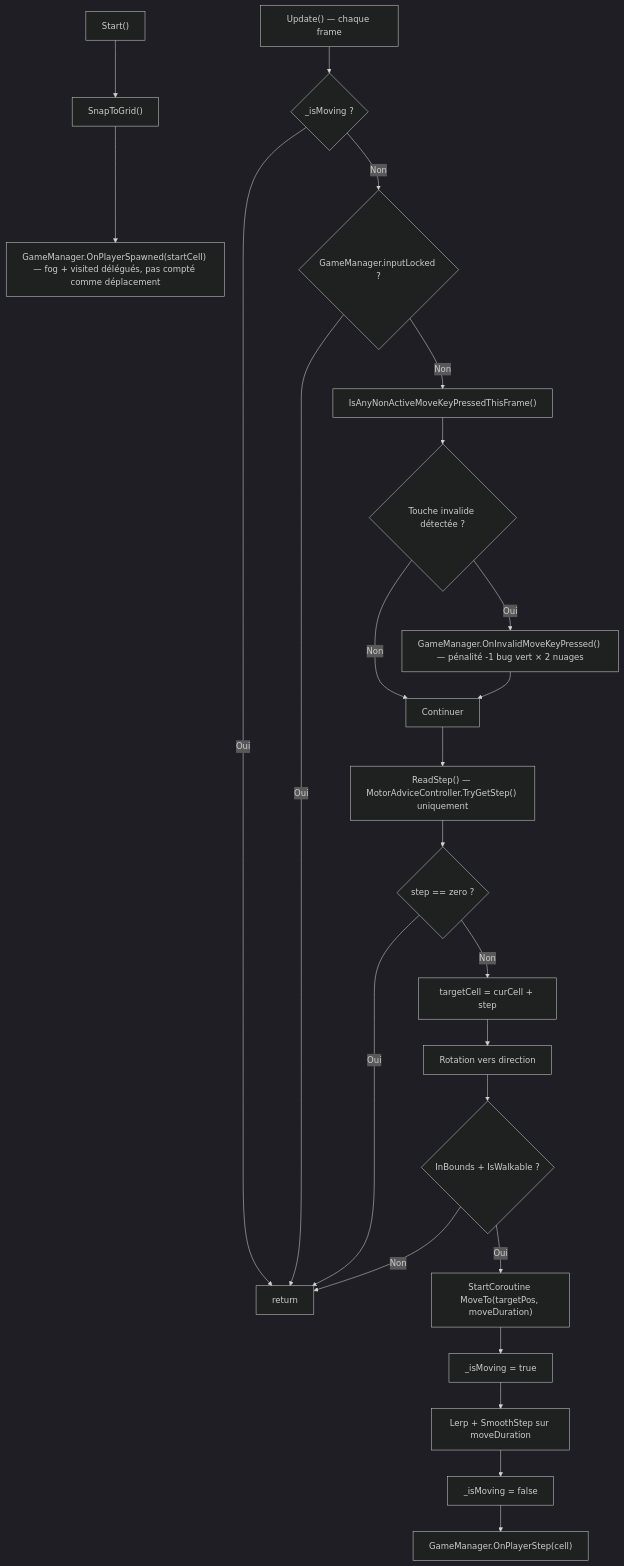
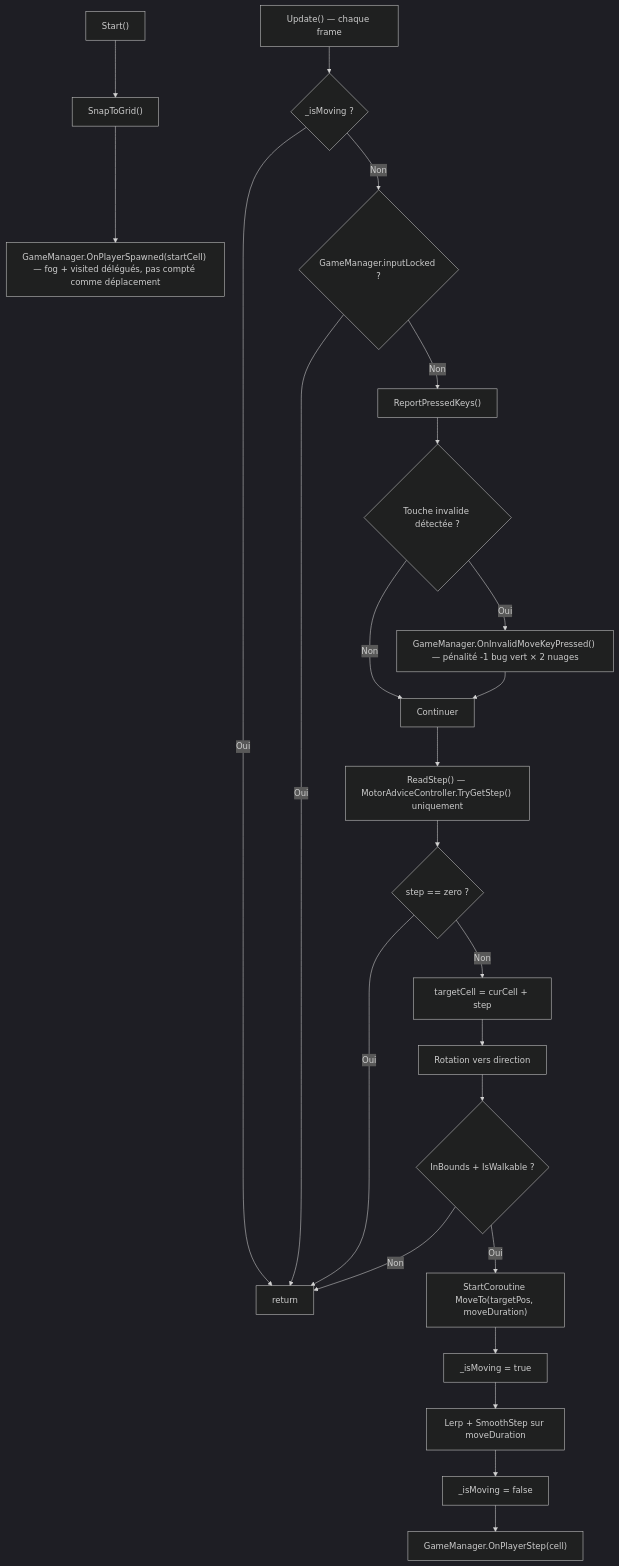
The ninth of 29 diagrams in Docs/TDD.md (PierreChagnon/BUGS), drawn with Mermaid (dark theme) before and after one commit. The commit also changed other lines of this file and 19 other files, not shown here.

````diff
--- a/Docs/TDD.md
+++ b/Docs/TDD.md
@@ -823,28 +823,28 @@
 ```mermaid
 graph TD
     A["Start()"] --> B["SnapToGrid()"]
     B --> C["GameManager.OnPlayerSpawned(startCell) — fog + visited délégués, pas compté comme déplacement"]
 
     E["Update() — chaque frame"] --> F{_isMoving ?}
     F -->|Oui| G[return]
     F -->|Non| H{GameManager.inputLocked ?}
     H -->|Oui| G
-    H -->|Non| INV["IsAnyNonActiveMoveKeyPressedThisFrame()"]
+    H -->|Non| INV["ReportPressedKeys()"]
     INV --> INV2{Touche invalide détectée ?}
     INV2 -->|Oui| INV3["GameManager.OnInvalidMoveKeyPressed() — pénalité -1 bug vert × 2 nuages"]
     INV2 -->|Non| CONT[Continuer]
     INV3 --> CONT
     CONT --> I["ReadStep() — MotorAdviceController.TryGetStep() uniquement"]
     I --> J{step == zero ?}
     J -->|Oui| G
     J -->|Non| K["targetCell = curCell + step"]
     K --> L["Rotation vers direction"]
     L --> M{"InBounds + IsWalkable ?"}
     M -->|Non| G
     M -->|Oui| N["StartCoroutine MoveTo(targetPos, moveDuration)"]
 
     N --> O["_isMoving = true"]
     O --> P["Lerp + SmoothStep sur moveDuration"]
     P --> Q["_isMoving = false"]
     Q --> R["GameManager.OnPlayerStep(cell)"]
 ```
````
